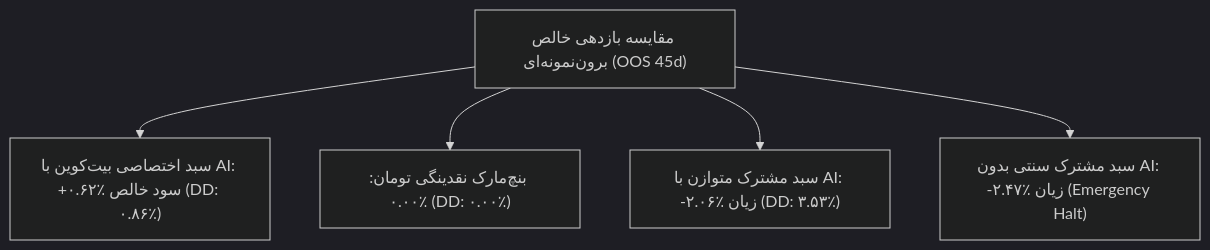
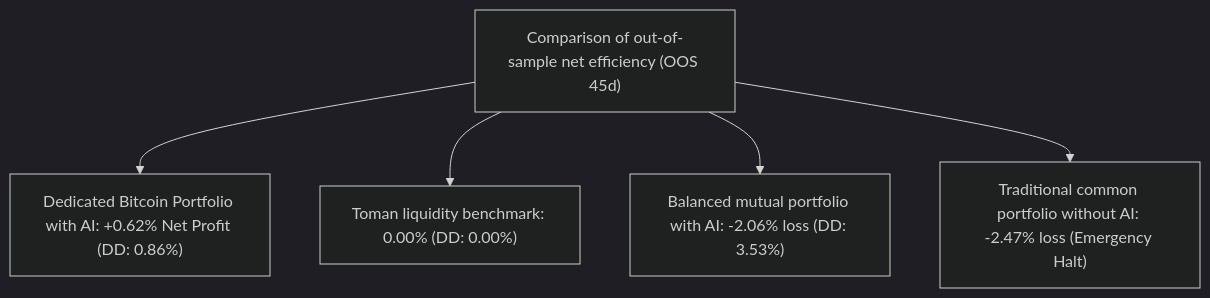
The diagram in docs/SHARED_PORTFOLIO_VALIDATION.md (AliFazelniya/wallextrade), drawn with Mermaid (dark theme) before and after one commit. The commit also changed other lines of this file and 81 other files, not shown here.

````diff
--- a/docs/SHARED_PORTFOLIO_VALIDATION.md
+++ b/docs/SHARED_PORTFOLIO_VALIDATION.md
@@ -28,7 +28,7 @@
 ```mermaid
 graph TD
-    A["مقایسه بازدهی خالص برون‌نمونه‌ای (OOS 45d)"] --> B["سبد اختصاصی بیت‌کوین با AI: +۰.۶۲٪ سود خالص (DD: ۰.۸۶٪)"]
-    A --> C["بنچ‌مارک نقدینگی تومان: ۰.۰۰٪ (DD: ۰.۰۰٪)"]
-    A --> D["سبد مشترک متوازن با AI: -۲.۰۶٪ زیان (DD: ۳.۵۳٪)"]
-    A --> E["سبد مشترک سنتی بدون AI: -۲.۴۷٪ زیان (Emergency Halt)"]
+    A["Comparison of out-of-sample net efficiency (OOS 45d)"] --> B["Dedicated Bitcoin Portfolio with AI: +0.62% Net Profit (DD: 0.86%)"]
+    A --> C["Toman liquidity benchmark: 0.00% (DD: 0.00%)"]
+    A --> D["Balanced mutual portfolio with AI: -2.06% loss (DD: 3.53%)"]
+    A --> E["Traditional common portfolio without AI: -2.47% loss (Emergency Halt)"]
 ```
````
